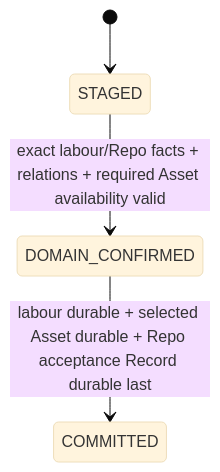
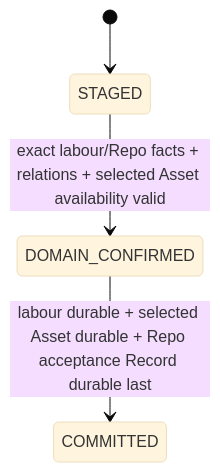
Before and after one commit to labourchain/repository: the fifth of 5 diagrams in docs/architecture.md, drawn with Mermaid (base theme). The commit also changed other lines of this file, not shown here.

````diff
--- a/docs/architecture.md
+++ b/docs/architecture.md
@@ -465,6 +464,6 @@
 ```mermaid
 stateDiagram-v2
     [*] --> STAGED
-    STAGED --> DOMAIN_CONFIRMED: exact labour/Repo facts + relations + required Asset availability valid
+    STAGED --> DOMAIN_CONFIRMED: exact labour/Repo facts + relations + selected Asset availability valid
     DOMAIN_CONFIRMED --> COMMITTED: labour durable + selected Asset durable + Repo acceptance Record durable last
 ```
````
